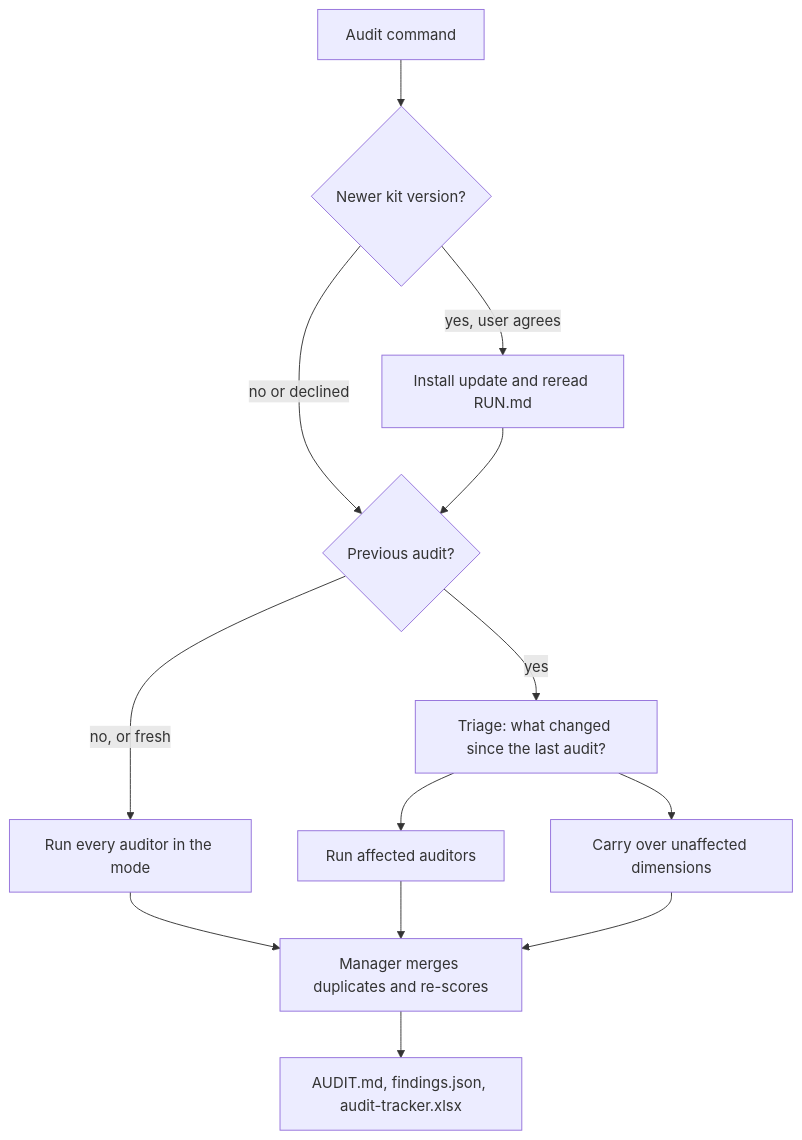
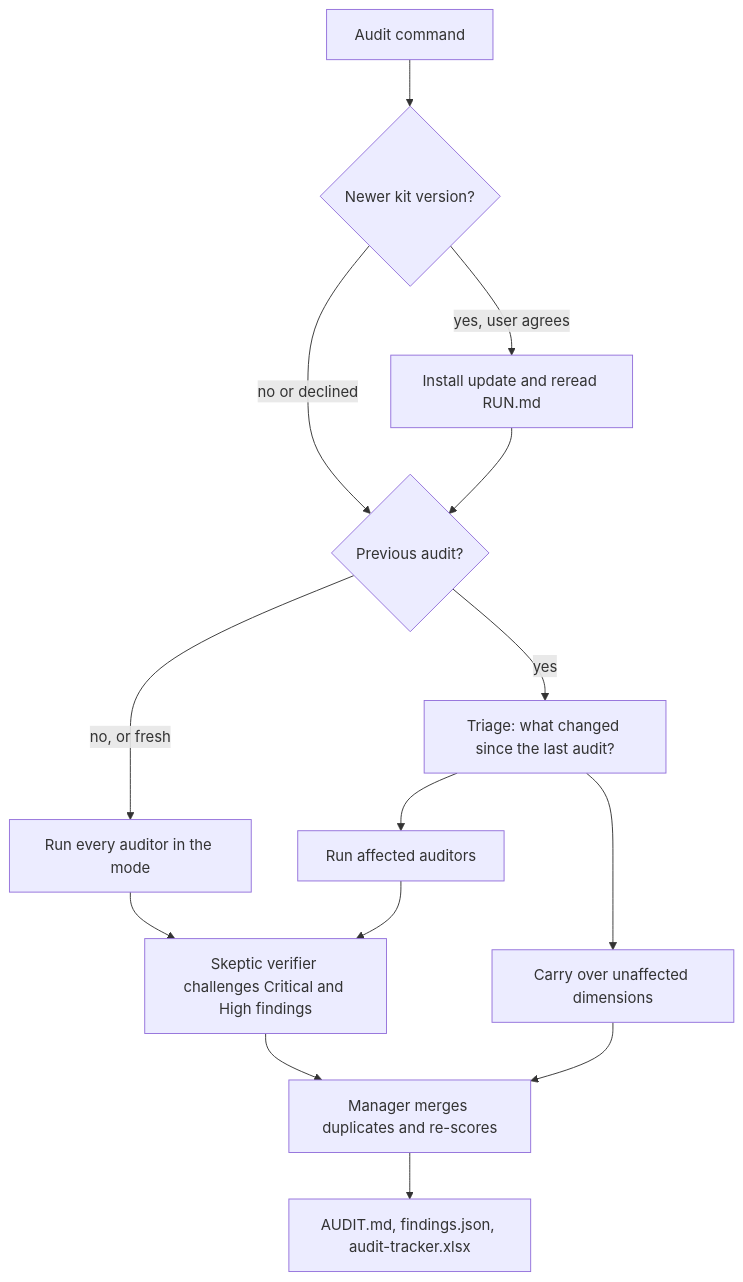
One commit to victorfigueira/audit-kit changed the first of 4 diagrams in docs/GUIDE.md. Above: the diagram before and after it, drawn with Mermaid. The commit also changed other lines of this file and 10 other files, not shown here.

Commit message:
v2.0.0: skeptic verifier filters false positives

````diff
--- a/docs/GUIDE.md
+++ b/docs/GUIDE.md
@@ -45,15 +45,16 @@
 ```mermaid
 flowchart TD
     A[Audit command] --> B{Newer kit version?}
     B -- yes, user agrees --> C[Install update and reread RUN.md]
     B -- no or declined --> D{Previous audit?}
     C --> D
     D -- no, or fresh --> F[Run every auditor in the mode]
     D -- yes --> E[Triage: what changed since the last audit?]
     E --> G[Run affected auditors]
     E --> H[Carry over unaffected dimensions]
-    F --> I[Manager merges duplicates and re-scores]
-    G --> I
+    F --> V[Skeptic verifier challenges Critical and High findings]
+    G --> V
+    V --> I[Manager merges duplicates and re-scores]
     H --> I
     I --> J[AUDIT.md, findings.json, audit-tracker.xlsx]
 ```
````
